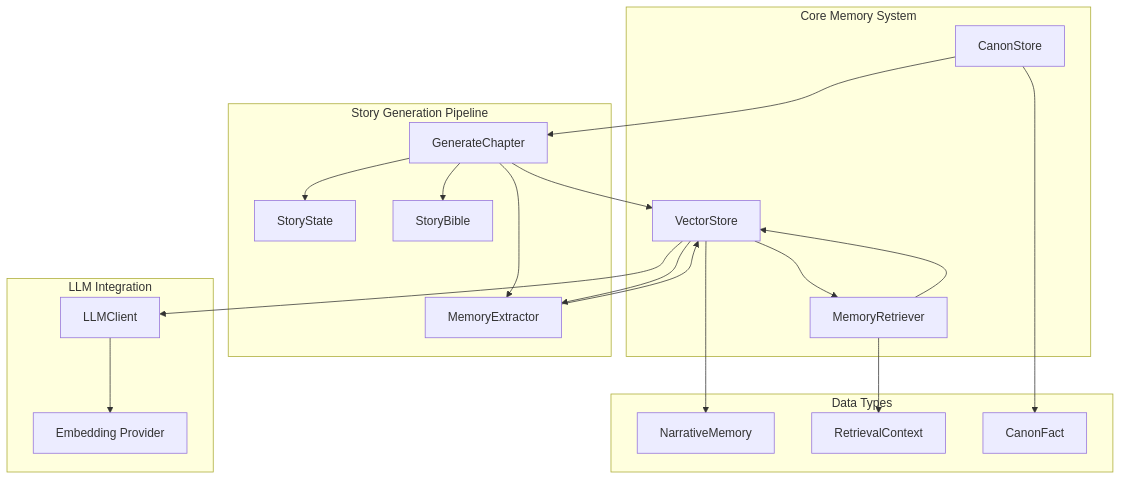
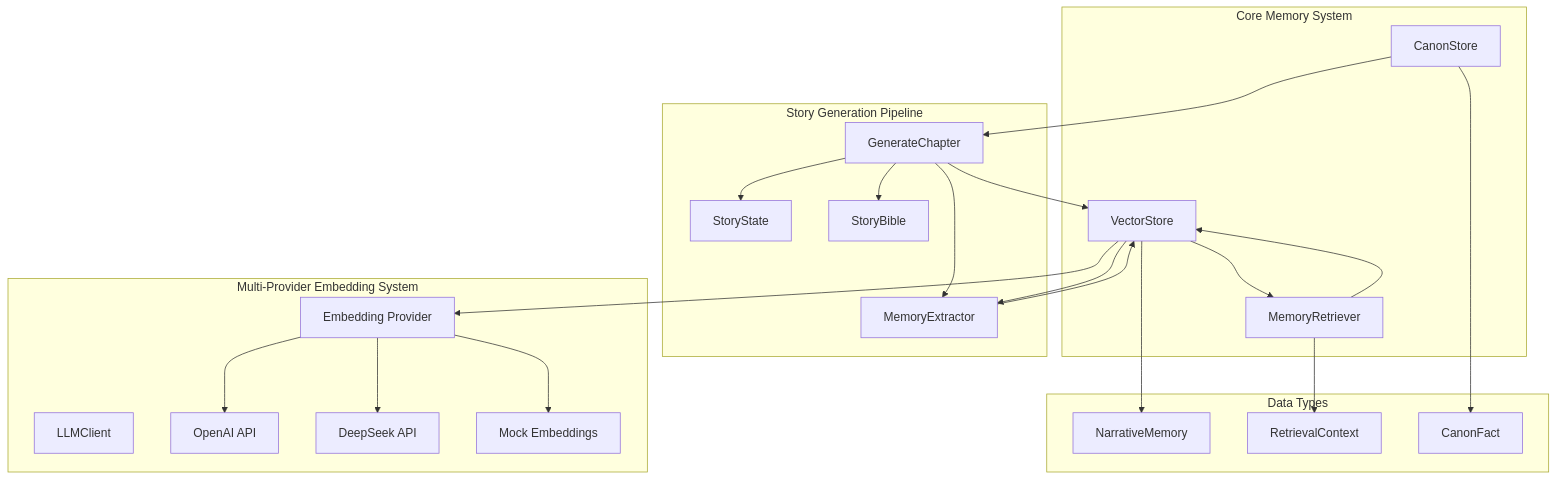
One commit to liwonder/NARRITIVE_OS changed the first of 10 diagrams in .qoder/repowiki/en/content/Memory Management System/Vector Memory System.md. Above: the diagram before and after it, drawn with Mermaid. The commit also changed other lines of this file and 12 other files, not shown here.

````diff
--- a/.qoder/repowiki/en/content/Memory Management System/Vector Memory System.md
+++ b/.qoder/repowiki/en/content/Memory Management System/Vector Memory System.md
@@ -51,37 +53,42 @@
 ```mermaid
 graph TB
 subgraph "Core Memory System"
 VS[VectorStore]
 MR[MemoryRetriever]
 CS[CanonStore]
 end
 subgraph "Story Generation Pipeline"
 GE[GenerateChapter]
 ME[MemoryExtractor]
 ST[StoryState]
 BL[StoryBible]
 end
-subgraph "LLM Integration"
+subgraph "Multi-Provider Embedding System"
 LLM[LLMClient]
 EMB[Embedding Provider]
+OPENAI[OpenAI API]
+DEEPSEEK[DeepSeek API]
+MOCK[Mock Embeddings]
 end
 subgraph "Data Types"
 NT[NarrativeMemory]
 RC[RetrievalContext]
 CF[CanonFact]
 end
 VS --> MR
 VS --> ME
 CS --> GE
 GE --> VS
 GE --> ME
 ME --> VS
 MR --> VS
-VS --> LLM
-LLM --> EMB
+VS --> EMB
+EMB --> OPENAI
+EMB --> DEEPSEEK
+EMB --> MOCK
 GE --> ST
 GE --> BL
 VS --> NT
 MR --> RC
 CS --> CF
 ```
````
